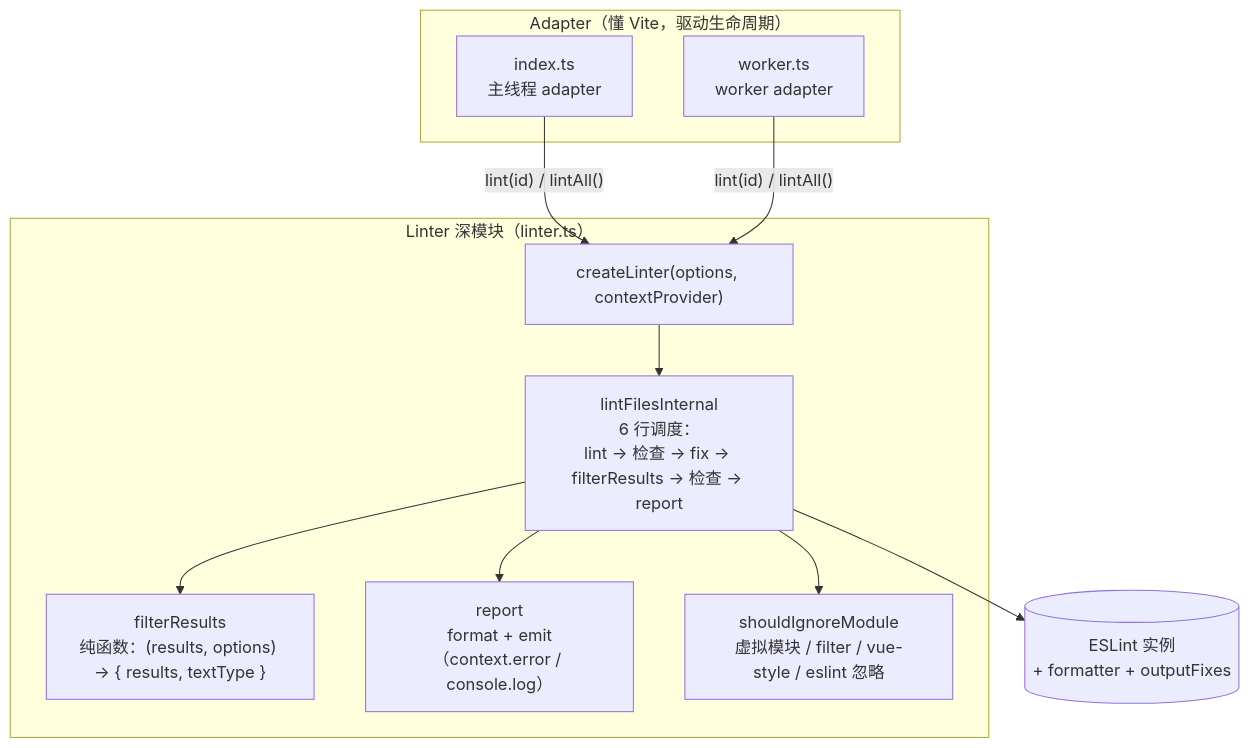
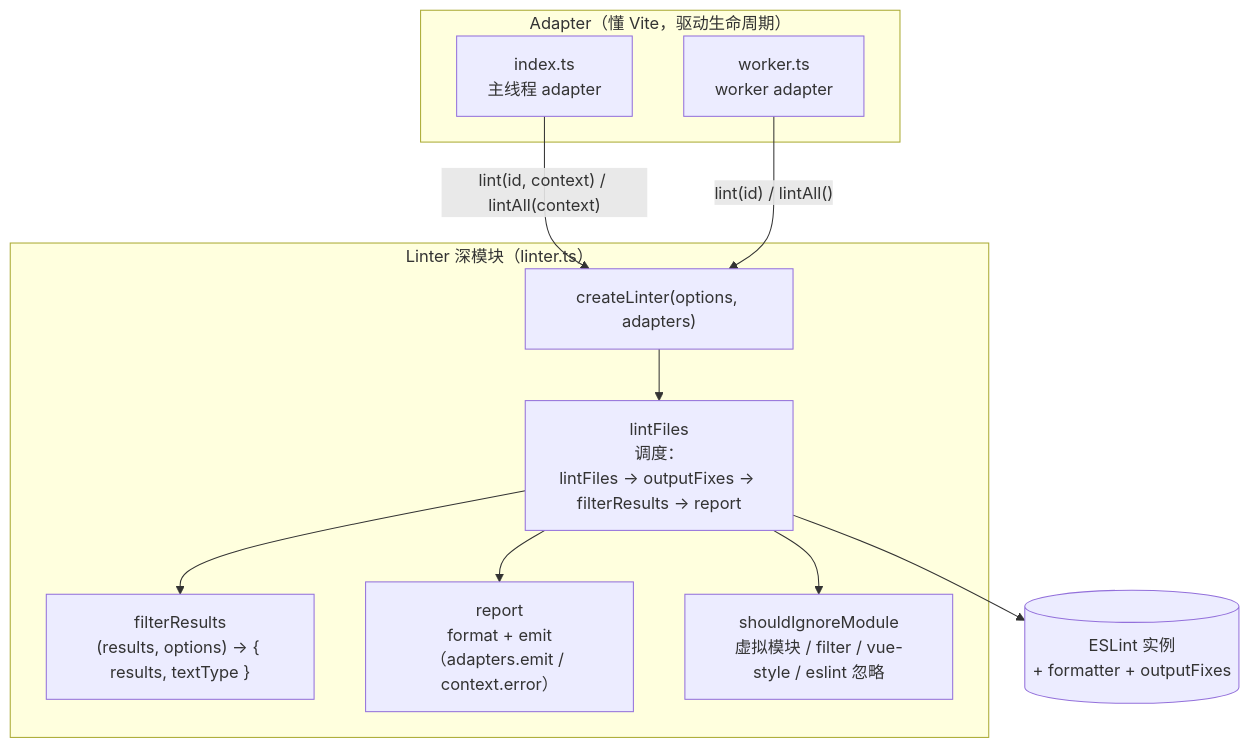
One commit to ModyQyW/vite-plugin-eslint2 changed the diagram in CONTRIBUTING.zh-CN.md. Above: the diagram before and after it, drawn with Mermaid. The commit also changed other lines of this file and 6 other files, not shown here.

````diff
--- a/CONTRIBUTING.zh-CN.md
+++ b/CONTRIBUTING.zh-CN.md
@@ -59,25 +62,25 @@
 ```mermaid
 flowchart TD
   subgraph Adapters["Adapter（懂 Vite，驱动生命周期）"]
     Index["index.ts<br/>主线程 adapter"]
     Worker["worker.ts<br/>worker adapter"]
   end
 
   subgraph Linter["Linter 深模块（linter.ts）"]
-    CreateLinter["createLinter(options, contextProvider)"]
-    LintFiles["lintFilesInternal<br/>6 行调度：<br/>lint → 检查 → fix → filterResults → 检查 → report"]
-    FilterResults["filterResults<br/>纯函数：(results, options) → { results, textType }"]
-    Report["report<br/>format + emit（context.error / console.log）"]
+    CreateLinter["createLinter(options, adapters)"]
+    LintFiles["lintFiles<br/>调度：<br/>lintFiles → outputFixes → filterResults → report"]
+    FilterResults["filterResults<br/>(results, options) → { results, textType }"]
+    Report["report<br/>format + emit（adapters.emit / context.error）"]
     ShouldIgnore["shouldIgnoreModule<br/>虚拟模块 / filter / vue-style / eslint 忽略"]
   end
 
   ESLint[("ESLint 实例<br/>+ formatter + outputFixes")]
 
-  Index -- "lint(id) / lintAll()" --> CreateLinter
+  Index -- "lint(id, context) / lintAll(context)" --> CreateLinter
   Worker -- "lint(id) / lintAll()" --> CreateLinter
   CreateLinter --> LintFiles
   LintFiles --> ShouldIgnore
   LintFiles --> FilterResults
   LintFiles --> Report
   LintFiles --> ESLint
 ```
````
